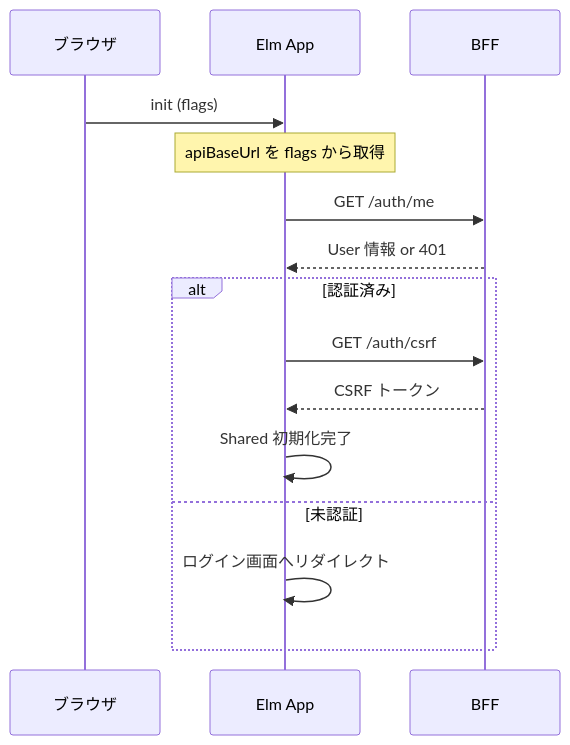
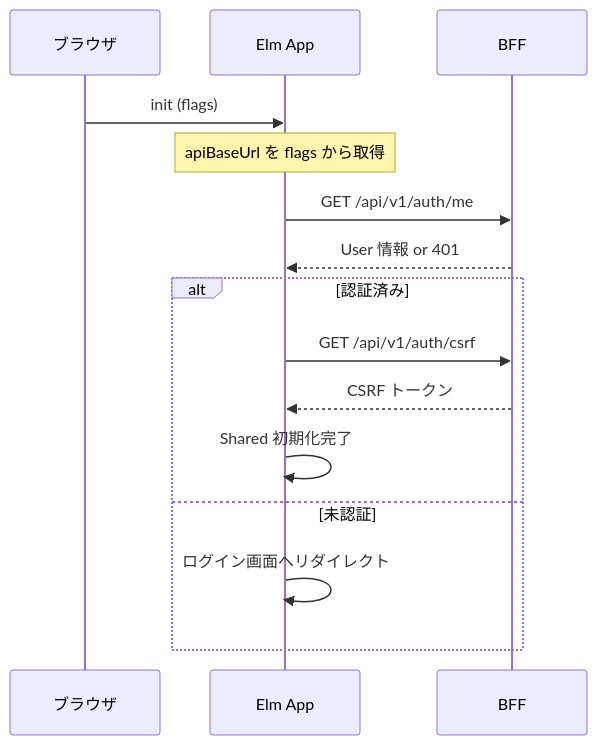
One commit to ka2kama/ringiflow changed the second of 7 diagrams in docs/03_詳細設計書/10_ワークフロー申請フォームUI設計.md. Above: the diagram before and after it, drawn with Mermaid. The commit also changed 20 other files, not shown here.

First line of the commit message:
#146 Unify auth API paths under /api/v1 (#172)

````diff
--- a/docs/03_詳細設計書/10_ワークフロー申請フォームUI設計.md
+++ b/docs/03_詳細設計書/10_ワークフロー申請フォームUI設計.md
@@ -193,18 +193,18 @@
 ```mermaid
 sequenceDiagram
     participant Browser as ブラウザ
     participant Elm as Elm App
     participant BFF as BFF
 
     Browser->>Elm: init (flags)
     Note over Elm: apiBaseUrl を flags から取得
-    Elm->>BFF: GET /auth/me
+    Elm->>BFF: GET /api/v1/auth/me
     BFF-->>Elm: User 情報 or 401
     alt 認証済み
-        Elm->>BFF: GET /auth/csrf
+        Elm->>BFF: GET /api/v1/auth/csrf
         BFF-->>Elm: CSRF トークン
         Elm->>Elm: Shared 初期化完了
     else 未認証
         Elm->>Elm: ログイン画面へリダイレクト
     end
 ```
````
